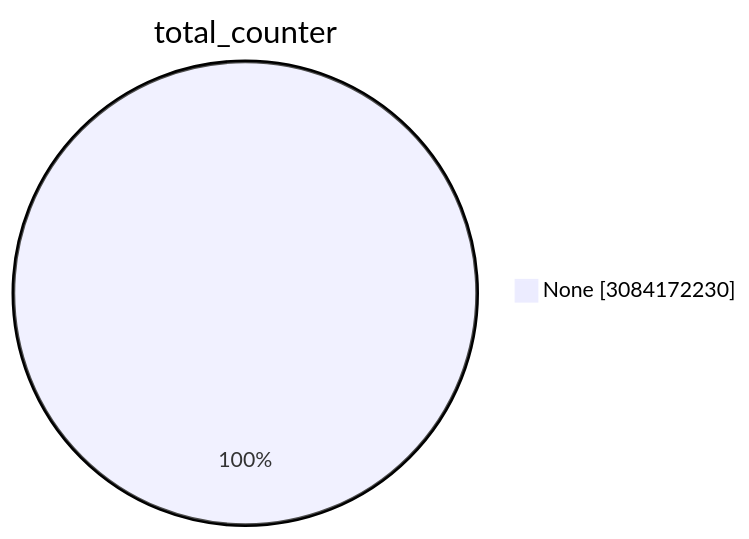
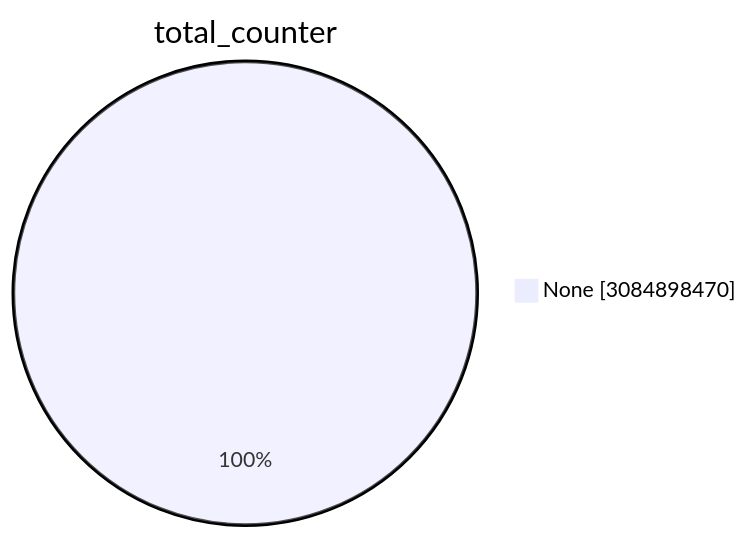
The first of 15 diagrams in TOTAL/README.md (christiankrug/ctmonitor_visualization), drawn with Mermaid before and after one commit. The commit also changed other lines of this file, not shown here.

````diff
--- a/TOTAL/README.md
+++ b/TOTAL/README.md
@@ -1,5 +1,5 @@
 ```mermaid
 pie showData
 title total_counter
-"None" :3084172230
+"None" :3084898470
 ```
````
